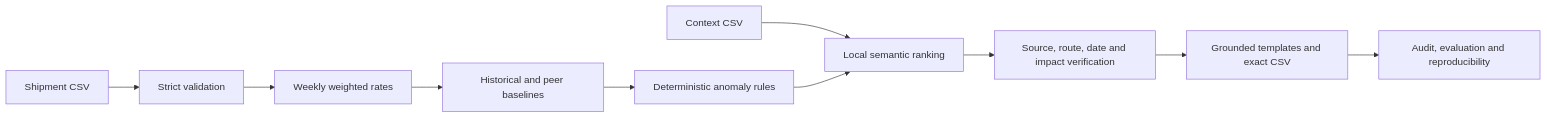
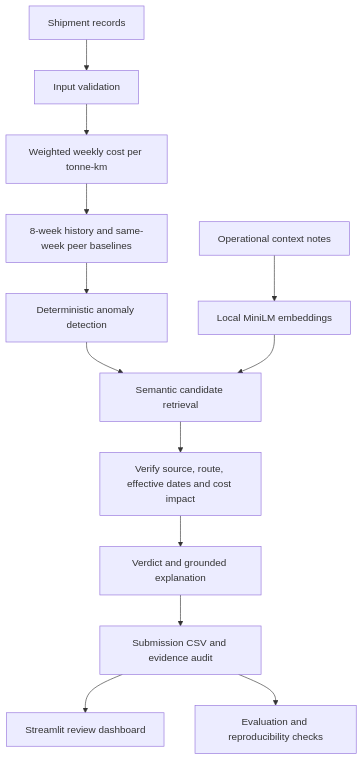
One commit to rajatmurhe/WATCHDOG changed the diagram in README.md. Above: the diagram before and after it, drawn with Mermaid. The commit also changed other lines of this file and 5 other files, not shown here.

````diff
--- a/README.md
+++ b/README.md
@@ -94,12 +50,15 @@
 ```mermaid
-flowchart LR
-  A[Shipment CSV] --> B[Strict validation]
-  B --> C[Weekly weighted rates]
-  C --> D[Historical and peer baselines]
-  D --> E[Deterministic anomaly rules]
-  N[Context CSV] --> R[Local semantic ranking]
-  E --> R
-  R --> V[Source, route, date and impact verification]
-  V --> X[Grounded templates and exact CSV]
-  X --> Q[Audit, evaluation and reproducibility]
+flowchart TD
+    S[Shipment records] --> V[Input validation]
+    V --> W[Weighted weekly cost per tonne-km]
+    W --> B[8-week history and same-week peer baselines]
+    B --> A[Deterministic anomaly detection]
+    N[Operational context notes] --> E[Local MiniLM embeddings]
+    A --> R[Semantic candidate retrieval]
+    E --> R
+    R --> C[Verify source, route, effective dates and cost impact]
+    C --> D[Verdict and grounded explanation]
+    D --> O[Submission CSV and evidence audit]
+    O --> U[Streamlit review dashboard]
+    O --> T[Evaluation and reproducibility checks]
 ```
````
